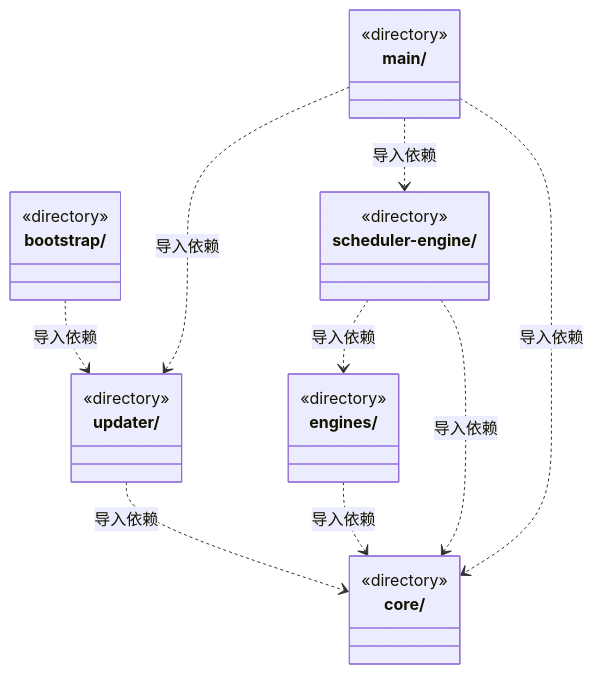
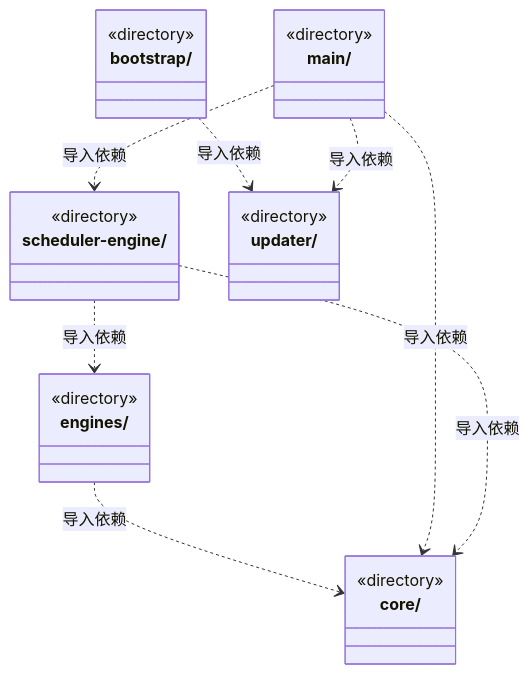
One commit to nan023062/cbim changed the first of 2 diagrams in src/backend/ARCHITECTURE.md. Above: the diagram before and after it, drawn with Mermaid. The commit also changed other lines of this file and 124 other files, not shown here.

````diff
--- a/src/backend/ARCHITECTURE.md
+++ b/src/backend/ARCHITECTURE.md
@@ -15,29 +15,28 @@
 ```mermaid
 classDiagram
 class N_src_backend_bootstrap["bootstrap/"] {
   <<directory>>
 }
 class N_src_backend_core["core/"] {
   <<directory>>
 }
 class N_src_backend_engines["engines/"] {
   <<directory>>
 }
 class N_src_backend_main["main/"] {
   <<directory>>
 }
 class N_src_backend_scheduler_engine["scheduler-engine/"] {
   <<directory>>
 }
 class N_src_backend_updater["updater/"] {
   <<directory>>
 }
 N_src_backend_bootstrap ..> N_src_backend_updater : 导入依赖
 N_src_backend_engines ..> N_src_backend_core : 导入依赖
 N_src_backend_main ..> N_src_backend_core : 导入依赖
 N_src_backend_main ..> N_src_backend_scheduler_engine : 导入依赖
 N_src_backend_main ..> N_src_backend_updater : 导入依赖
 N_src_backend_scheduler_engine ..> N_src_backend_core : 导入依赖
 N_src_backend_scheduler_engine ..> N_src_backend_engines : 导入依赖
-N_src_backend_updater ..> N_src_backend_core : 导入依赖
 ```
````
